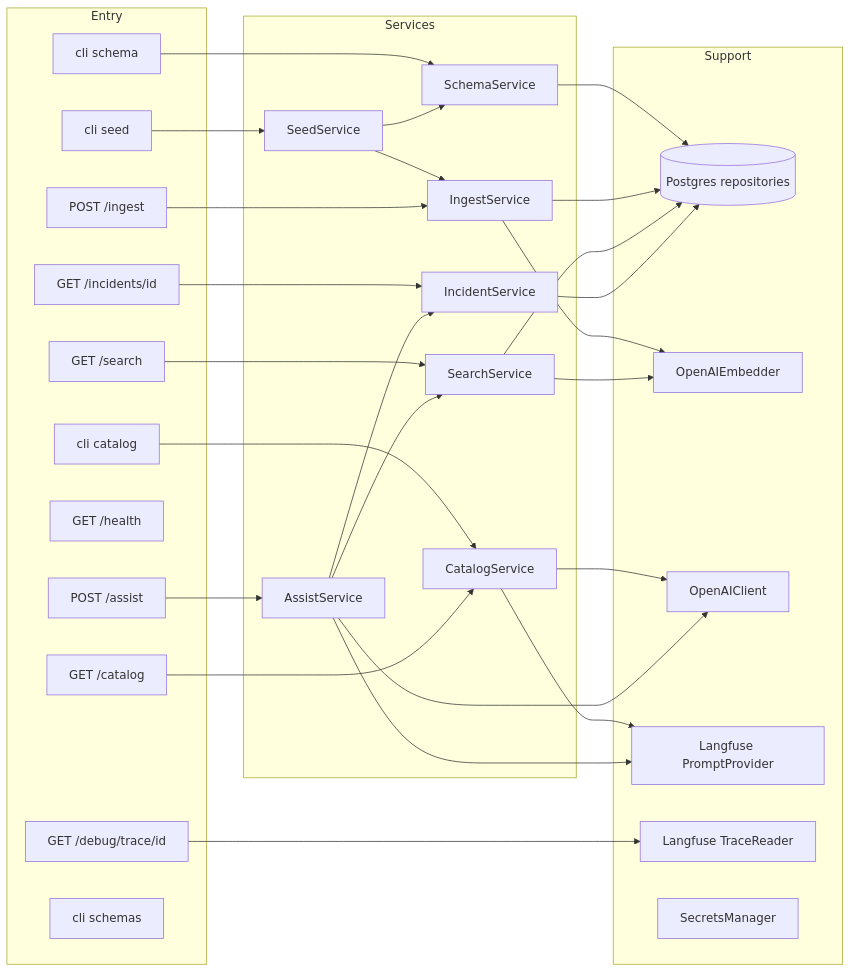
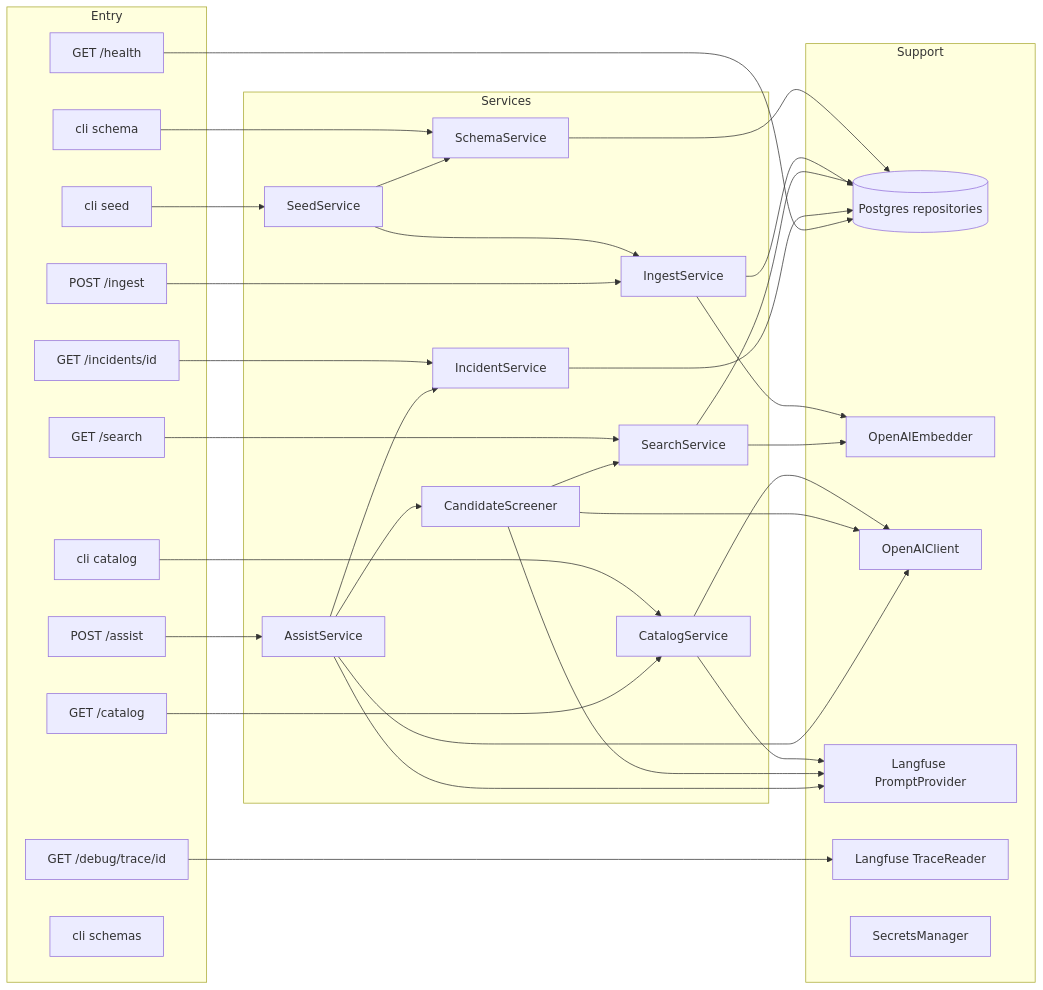
Before and after one commit to gustavomoises/dayforce: the second of 8 diagrams in .kiro/specs/incident-triage-api/design.md, drawn with Mermaid. The commit also changed other lines of this file and 25 other files, not shown here.

Commit message:
task 8: README, PROMPTS, AI-NOTES, TRADEOFFS, live tests, Postman, synced architecture docs; remove pre-task leftovers

````diff
--- a/.kiro/specs/incident-triage-api/design.md
+++ b/.kiro/specs/incident-triage-api/design.md
@@ -41,29 +50,32 @@
 ```mermaid
 flowchart LR
     subgraph Entry
-      R1[POST /ingest] & R2[GET /search] & R3[GET /incidents/id] & R4[POST /assist] & R5[GET /catalog] & R6[GET /debug/trace/id] & R7[GET /health]
-      C1[cli schema] & C2[cli catalog] & C3[cli seed] & C4[cli schemas]
+      R1["POST /ingest"] & R2["GET /search"] & R3["GET /incidents/id"] & R4["POST /assist"] & R5["GET /catalog"] & R6["GET /debug/trace/id"] & R7["GET /health"]
+      C1["cli schema"] & C2["cli catalog"] & C3["cli seed"] & C4["cli schemas"]
     end
     subgraph Services
-      SCH[SchemaService] & CAT[CatalogService] & SEED[SeedService] & ING[IngestService] & SRCH[SearchService] & INC[IncidentService] & AS[AssistService]
+      SCH[SchemaService] & CAT[CatalogService] & SEED[SeedService] & ING[IngestService] & SRCH[SearchService] & INC[IncidentService] & AS[AssistService] & CS[CandidateScreener]
     end
     subgraph Support
-      DB[(Postgres repositories)] & EMB[OpenAIEmbedder] & LLM[OpenAIClient] & PR[Langfuse PromptProvider] & TR[Langfuse TraceReader] & SM[SecretsManager]
+      DB[("Postgres repositories")] & EMB[OpenAIEmbedder] & LLM[OpenAIClient] & PR["Langfuse PromptProvider"] & TR["Langfuse TraceReader"] & SM[SecretsManager]
     end
     C1-->SCH-->DB
     C2-->CAT-->PR
     CAT-->LLM
     C3-->SEED-->SCH
     SEED-->ING
     R1-->ING-->DB
     ING-->EMB
     R2-->SRCH-->DB
     SRCH-->EMB
     R3-->INC-->DB
-    R4-->AS-->SRCH
+    R4-->AS-->CS-->SRCH
+    CS-->PR
+    CS-->LLM
     AS-->INC
     AS-->PR
     AS-->LLM
     R5-->CAT
     R6-->TR
+    R7-->DB
 ```
````
